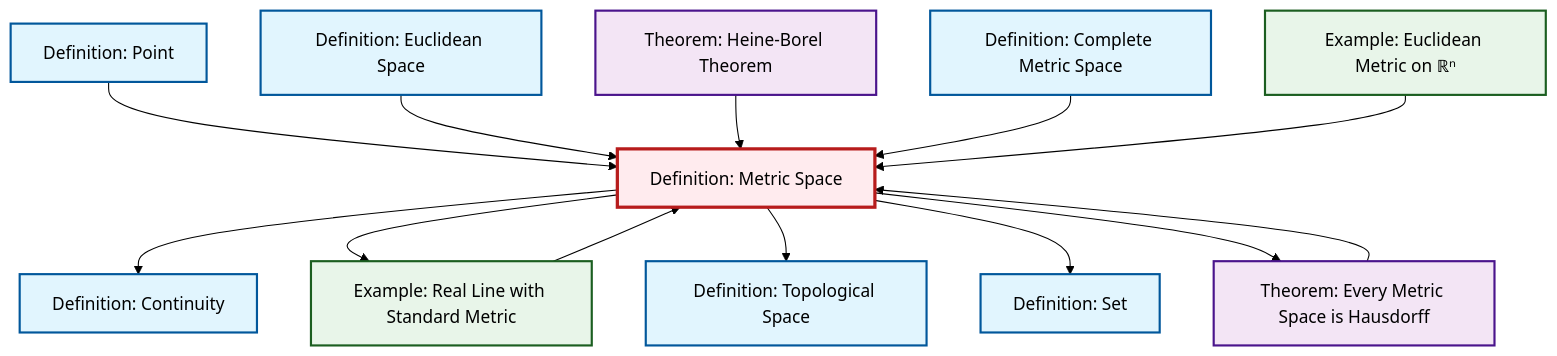
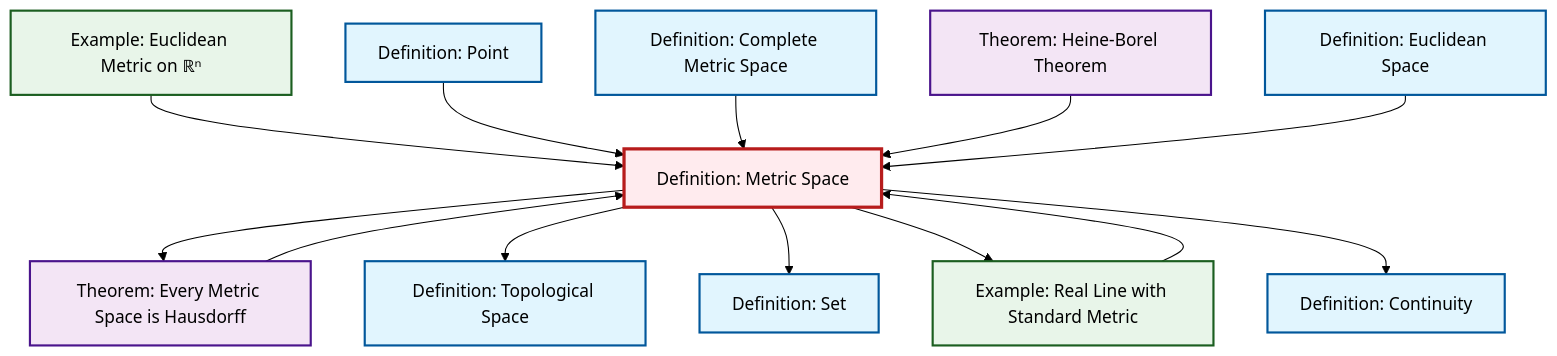
One commit to RK0429/ModernMath changed the diagram in output/mermaid/def-metric-space.mermaid. Above: the diagram before and after it, drawn with Mermaid (forest theme). The commit also changed other lines of this file and 1120 other files, not shown here.

````diff
--- a/output/mermaid/def-metric-space.mermaid
+++ b/output/mermaid/def-metric-space.mermaid
@@ -1,33 +1,33 @@
 ```{mermaid}
 %%| fig-cap: "Local dependency graph"
 graph TD
     classDef definition fill:#e1f5fe,stroke:#01579b,stroke-width:2px
     classDef theorem fill:#f3e5f5,stroke:#4a148c,stroke-width:2px
     classDef axiom fill:#fff3e0,stroke:#e65100,stroke-width:2px
     classDef example fill:#e8f5e9,stroke:#1b5e20,stroke-width:2px
     classDef current fill:#ffebee,stroke:#b71c1c,stroke-width:3px
+    def-metric-space["Definition: Metric Space"]:::definition
+    ex-real-line-metric["Example: Real Line with Standard Metric"]:::example
+    def-complete-metric-space["Definition: Complete Metric Space"]:::definition
+    def-point["Definition: Point"]:::definition
+    thm-metric-hausdorff["Theorem: Every Metric Space is Hausdorff"]:::theorem
     thm-heine-borel["Theorem: Heine-Borel Theorem"]:::theorem
+    def-set["Definition: Set"]:::definition
+    ex-euclidean-metric["Example: Euclidean Metric on ℝⁿ"]:::example
     def-continuity["Definition: Continuity"]:::definition
-    def-metric-space["Definition: Metric Space"]:::definition
-    def-complete-metric-space["Definition: Complete Metric Space"]:::definition
-    def-set["Definition: Set"]:::definition
+    def-euclidean-space["Definition: Euclidean Space"]:::definition
     def-topological-space["Definition: Topological Space"]:::definition
-    thm-metric-hausdorff["Theorem: Every Metric Space is Hausdorff"]:::theorem
-    ex-euclidean-metric["Example: Euclidean Metric on ℝⁿ"]:::example
-    def-point["Definition: Point"]:::definition
-    def-euclidean-space["Definition: Euclidean Space"]:::definition
-    ex-real-line-metric["Example: Real Line with Standard Metric"]:::example
+    def-metric-space --> thm-metric-hausdorff
+    def-metric-space --> def-topological-space
+    ex-euclidean-metric --> def-metric-space
+    thm-metric-hausdorff --> def-metric-space
+    def-metric-space --> def-set
+    def-point --> def-metric-space
+    def-metric-space --> ex-real-line-metric
+    def-complete-metric-space --> def-metric-space
     def-metric-space --> def-continuity
-    def-point --> def-metric-space
-    thm-metric-hausdorff --> def-metric-space
-    def-metric-space --> ex-real-line-metric
-    def-euclidean-space --> def-metric-space
     thm-heine-borel --> def-metric-space
     ex-real-line-metric --> def-metric-space
-    def-metric-space --> def-topological-space
-    def-metric-space --> def-set
-    def-complete-metric-space --> def-metric-space
-    def-metric-space --> thm-metric-hausdorff
-    ex-euclidean-metric --> def-metric-space
+    def-euclidean-space --> def-metric-space
     class def-metric-space current
 ```
````
